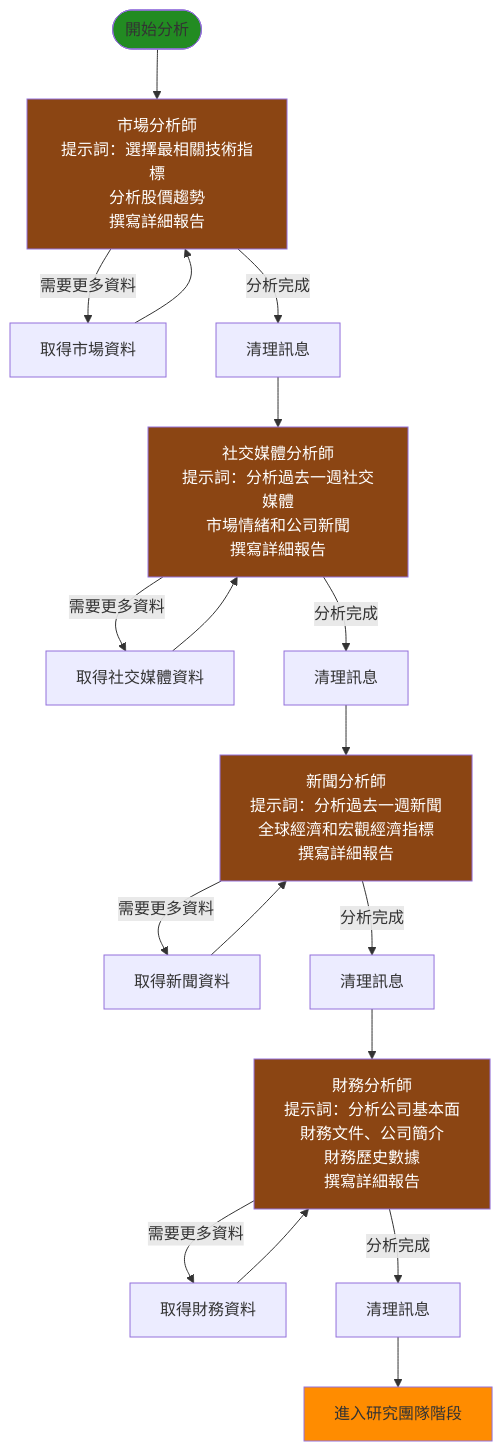
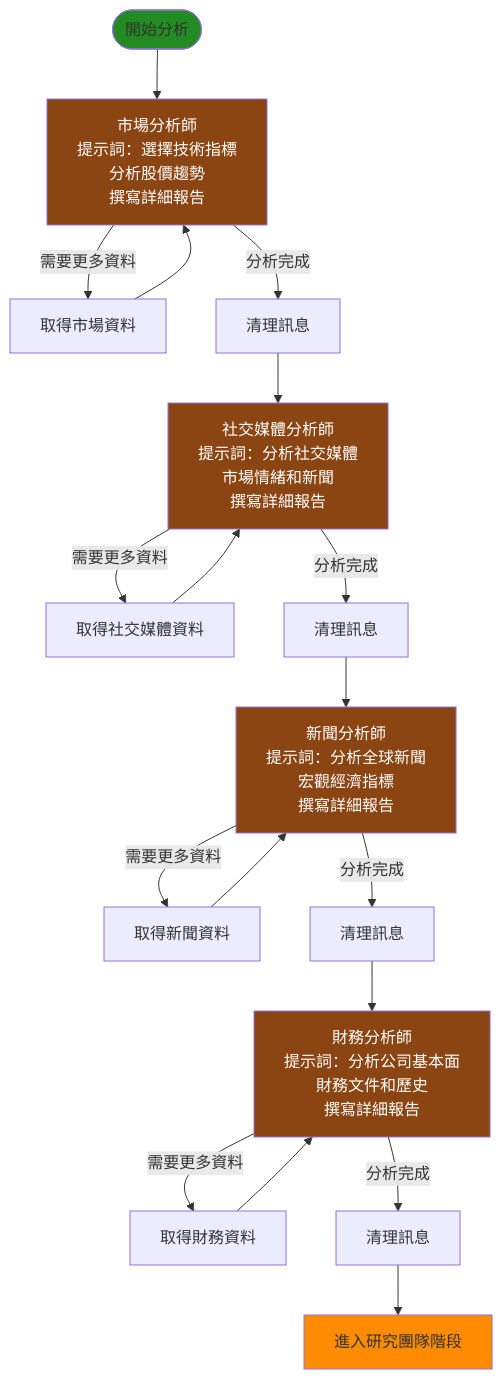
Before and after one commit to chitienshih-wq/Git_Test: the third of 9 diagrams in 流程圖_簡化.md, drawn with Mermaid. The commit also changed other lines of this file, not shown here.

````diff
--- a/流程圖_簡化.md
+++ b/流程圖_簡化.md
@@ -66,35 +66,35 @@
 ```mermaid
 flowchart TD
-    Start([開始分析]) --> MarketAnalyst[市場分析師<br/>提示詞：選擇最相關技術指標<br/>分析股價趨勢<br/>撰寫詳細報告]
+    Start([開始分析]) --> MarketAnalyst[市場分析師<br/>提示詞：選擇技術指標<br/>分析股價趨勢<br/>撰寫詳細報告]
     
     MarketAnalyst -->|需要更多資料| GetMarketData[取得市場資料]
     MarketAnalyst -->|分析完成| ClearMarket[清理訊息]
     GetMarketData --> MarketAnalyst
     
-    ClearMarket --> SocialAnalyst[社交媒體分析師<br/>提示詞：分析過去一週社交媒體<br/>市場情緒和公司新聞<br/>撰寫詳細報告]
+    ClearMarket --> SocialAnalyst[社交媒體分析師<br/>提示詞：分析社交媒體<br/>市場情緒和新聞<br/>撰寫詳細報告]
     
     SocialAnalyst -->|需要更多資料| GetSocialData[取得社交媒體資料]
     SocialAnalyst -->|分析完成| ClearSocial[清理訊息]
     GetSocialData --> SocialAnalyst
     
-    ClearSocial --> NewsAnalyst[新聞分析師<br/>提示詞：分析過去一週新聞<br/>全球經濟和宏觀經濟指標<br/>撰寫詳細報告]
+    ClearSocial --> NewsAnalyst[新聞分析師<br/>提示詞：分析全球新聞<br/>宏觀經濟指標<br/>撰寫詳細報告]
     
     NewsAnalyst -->|需要更多資料| GetNewsData[取得新聞資料]
     NewsAnalyst -->|分析完成| ClearNews[清理訊息]
     GetNewsData --> NewsAnalyst
     
-    ClearNews --> FundAnalyst[財務分析師<br/>提示詞：分析公司基本面<br/>財務文件、公司簡介<br/>財務歷史數據<br/>撰寫詳細報告]
+    ClearNews --> FundAnalyst[財務分析師<br/>提示詞：分析公司基本面<br/>財務文件和歷史<br/>撰寫詳細報告]
     
     FundAnalyst -->|需要更多資料| GetFundData[取得財務資料]
     FundAnalyst -->|分析完成| ClearFund[清理訊息]
     GetFundData --> FundAnalyst
     
     ClearFund --> ResearchTeam[進入研究團隊階段]
     
     style Start fill:#228B22
     style ResearchTeam fill:#FF8C00
     style MarketAnalyst fill:#8B4513,color:#FFFFFF
     style SocialAnalyst fill:#8B4513,color:#FFFFFF
     style NewsAnalyst fill:#8B4513,color:#FFFFFF
     style FundAnalyst fill:#8B4513,color:#FFFFFF
 ```
````
